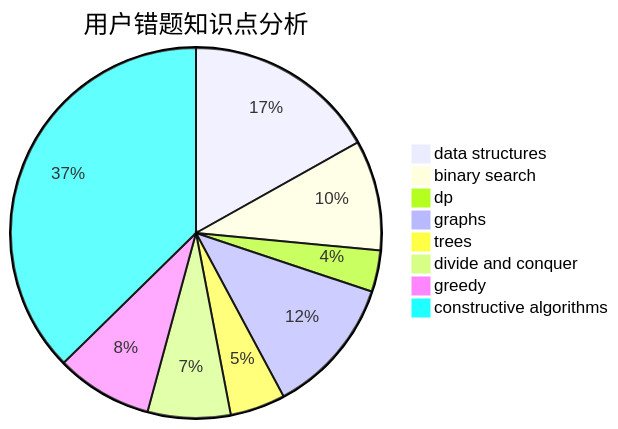
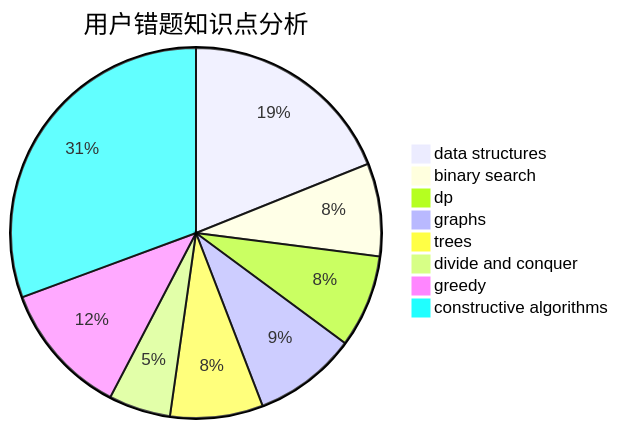
Before and after one commit to sherpahu/cfrs.github.io: the third of 3 diagrams in docs/user/u1861.md, drawn with Mermaid. The commit also changed other lines of this file and 2770 other files, not shown here.

````diff
--- a/docs/user/u1861.md
+++ b/docs/user/u1861.md
@@ -36,11 +36,11 @@
 ```mermaid
 pie title 用户错题知识点分析
-    "data structures" :  14
-    "binary search" :  8
-    "dp" :  3
+    "data structures" :  21
+    "binary search" :  9
+    "dp" :  9
     "graphs" :  10
-    "trees" :  4
+    "trees" :  9
     "divide and conquer" :  6
-    "greedy" :  7
-    "constructive algorithms" :  31
+    "greedy" :  13
+    "constructive algorithms" :  34
 ```
````
